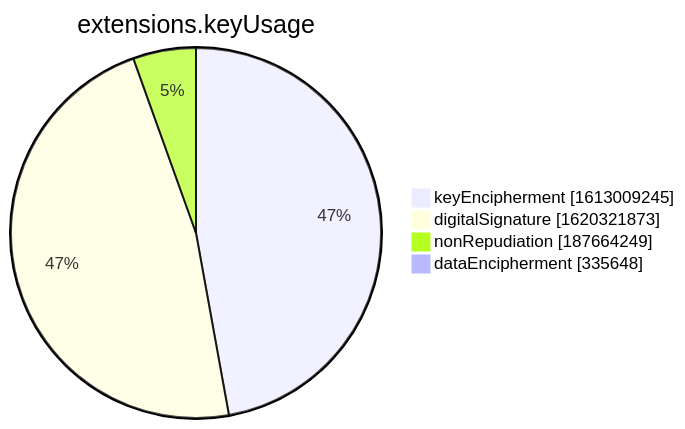
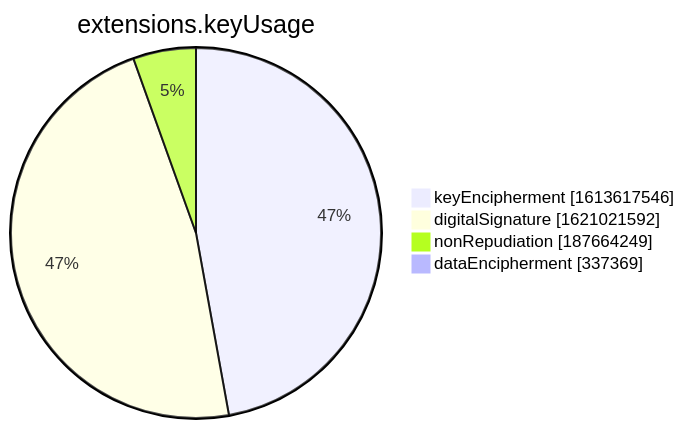
One commit to christiankrug/ctmonitor_visualization changed the seventh of 15 diagrams in xenon2022/README.md. Above: the diagram before and after it, drawn with Mermaid. The commit also changed other lines of this file, not shown here.

````diff
--- a/xenon2022/README.md
+++ b/xenon2022/README.md
@@ -2855,8 +2855,8 @@
 ```mermaid
 pie showData
 title extensions.keyUsage
-"keyEncipherment" :1613009245
-"digitalSignature" :1620321873
+"keyEncipherment" :1613617546
+"digitalSignature" :1621021592
 "nonRepudiation" :187664249
-"dataEncipherment" :335648
+"dataEncipherment" :337369
 ```
````
